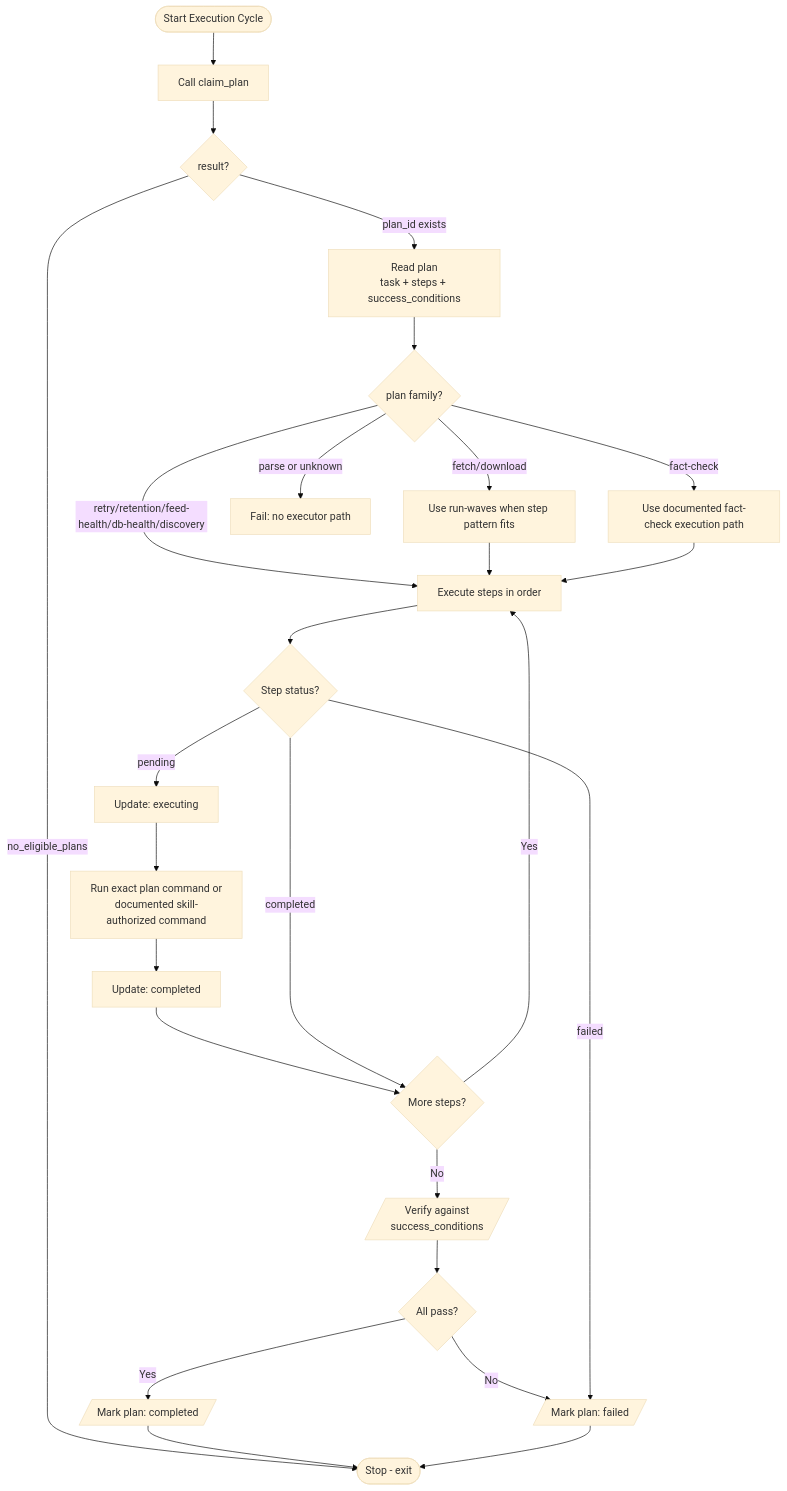
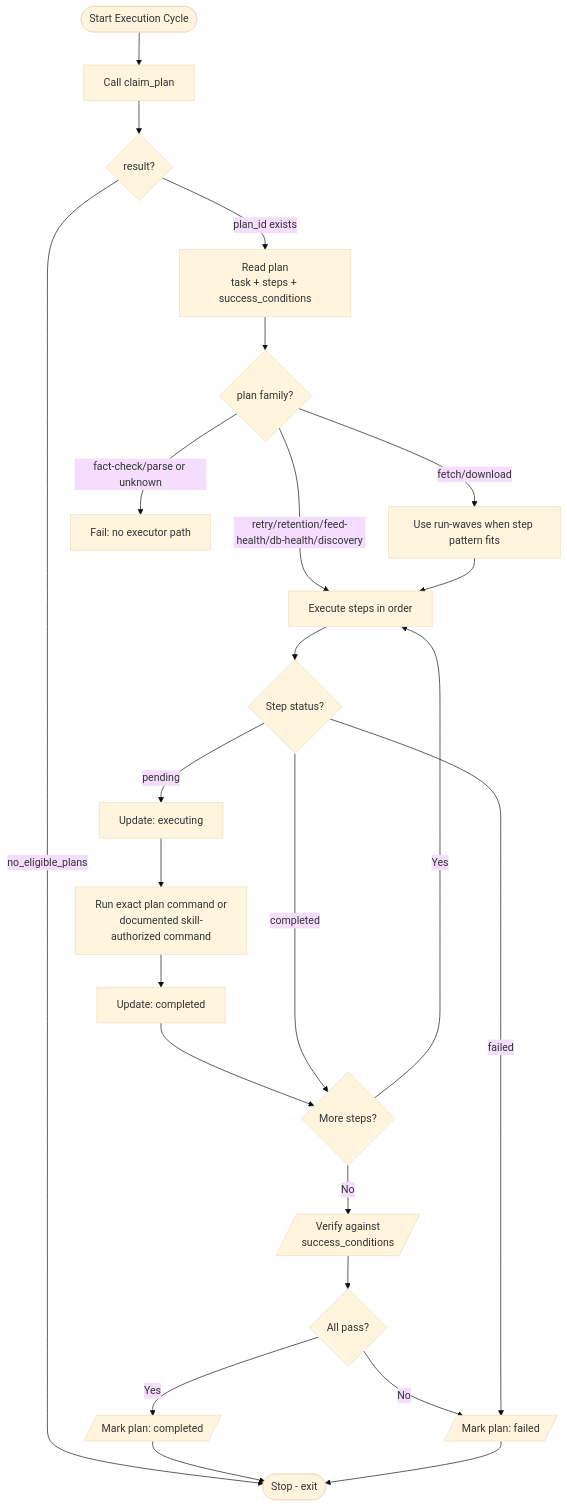
One commit to malvavisc0/news48 changed the diagram in agents/skills/executor/business-logic.md. Above: the diagram before and after it, drawn with Mermaid (base theme). The commit also changed other lines of this file and 5 other files, not shown here.

````diff
--- a/agents/skills/executor/business-logic.md
+++ b/agents/skills/executor/business-logic.md
@@ -3,28 +3,26 @@
 ```mermaid
 flowchart TD
     Start([Start Execution Cycle]) --> Claim[Call claim_plan]
     Claim --> Result{result?}
     Result -->|no_eligible_plans| Stop([Stop - exit])
     Result -->|plan_id exists| Read[Read plan<br/>task + steps + success_conditions]
     Read --> Family{plan family?}
     Family -->|fetch/download| WaveFlow[Use run-waves when step pattern fits]
     Family -->|retry/retention/feed-health/db-health/discovery| Execute[Execute steps in order]
-    Family -->|fact-check| FactCheck[Use documented fact-check execution path]
-    Family -->|parse or unknown| Invalid[Fail: no executor path]
+    Family -->|fact-check/parse or unknown| Invalid[Fail: no executor path]
     WaveFlow --> Execute
-    FactCheck --> Execute
     Execute --> Step{Step status?}
     Step -->|pending| UpdateExec[Update: executing]
     UpdateExec --> RunCmd[Run exact plan command or<br/>documented skill-authorized command]
     RunCmd --> UpdateComplete[Update: completed]
     UpdateComplete --> MoreSteps{More steps?}
     MoreSteps -->|Yes| Execute
     MoreSteps -->|No| Verify[/Verify against<br/>success_conditions/]
     Verify --> AllPass{All pass?}
     AllPass -->|Yes| Complete[/Mark plan: completed/]
     AllPass -->|No| Failed[/Mark plan: failed/]
     Complete --> Stop
     Failed --> Stop
     Step -->|completed| MoreSteps
     Step -->|failed| Failed
 ```
````
